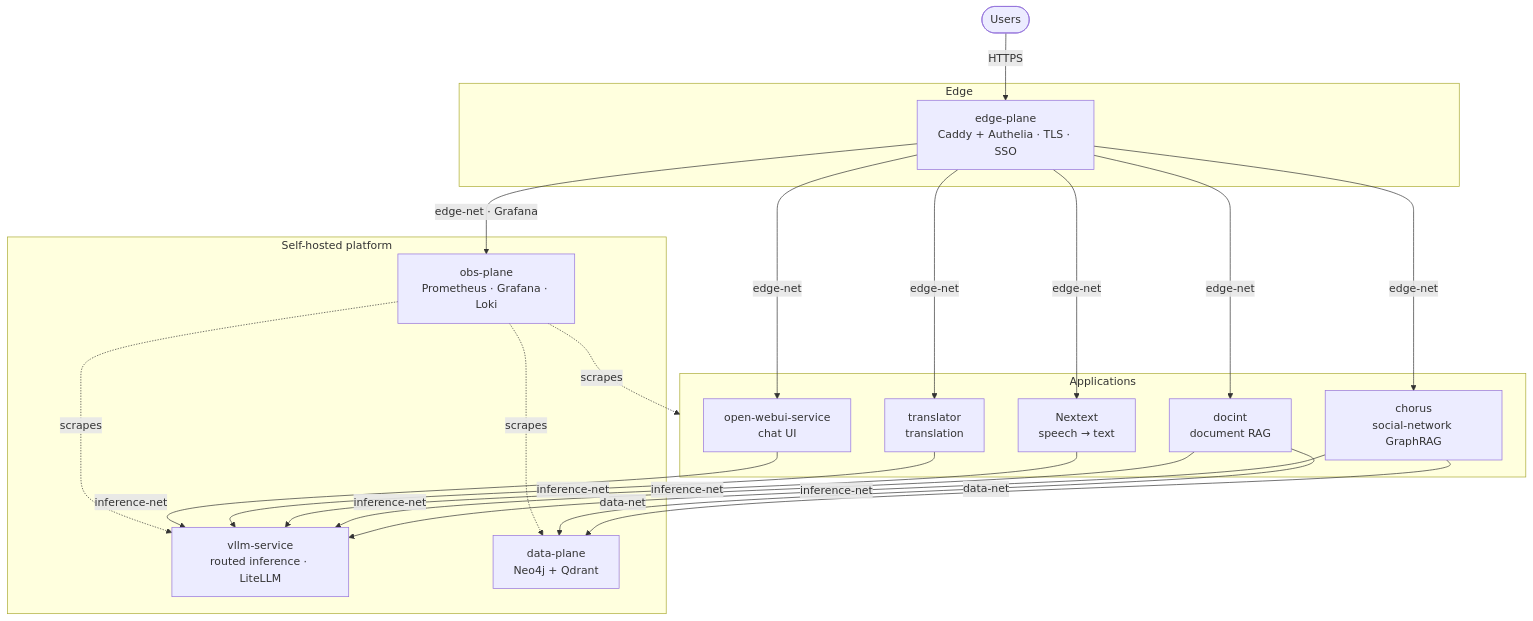
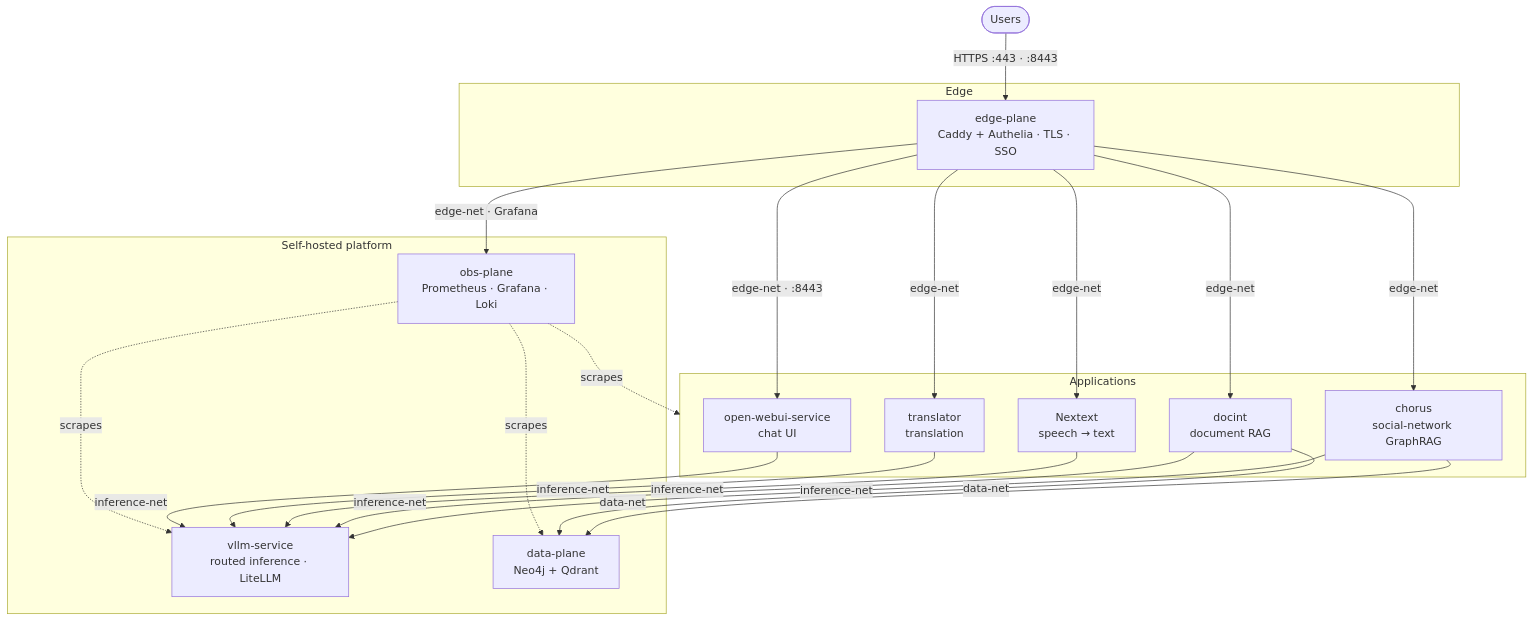
The diagram in profile/README.md (nos-tromo/.github), drawn with Mermaid before and after one commit. The commit also changed other lines of this file and 2 other files, not shown here.

````diff
--- a/profile/README.md
+++ b/profile/README.md
@@ -9,44 +9,44 @@
 ```mermaid
 flowchart TB
   users(["Users"])
 
   subgraph Edge["Edge"]
     edge["edge-plane<br/>Caddy + Authelia · TLS · SSO"]
   end
 
   subgraph Apps["Applications"]
     chorus["chorus<br/>social-network GraphRAG"]
     docint["docint<br/>document RAG"]
     nextext["Nextext<br/>speech → text"]
     translator["translator<br/>translation"]
     webui["open-webui-service<br/>chat UI"]
   end
 
   subgraph Platform["Self-hosted platform"]
     vllm["vllm-service<br/>routed inference · LiteLLM"]
     data["data-plane<br/>Neo4j + Qdrant"]
     obs["obs-plane<br/>Prometheus · Grafana · Loki"]
   end
 
-  users -->|HTTPS| edge
+  users -->|HTTPS :443 · :8443| edge
 
   edge -->|edge-net| chorus
   edge -->|edge-net| docint
   edge -->|edge-net| nextext
   edge -->|edge-net| translator
-  edge -->|edge-net| webui
+  edge -->|edge-net · :8443| webui
   edge -->|edge-net · Grafana| obs
 
   chorus -->|inference-net| vllm
   docint -->|inference-net| vllm
   nextext -->|inference-net| vllm
   translator -->|inference-net| vllm
   webui -->|inference-net| vllm
 
   chorus -->|data-net| data
   docint -->|data-net| data
 
   obs -.->|scrapes| vllm
   obs -.->|scrapes| data
   obs -.->|scrapes| Apps
 ```
````
